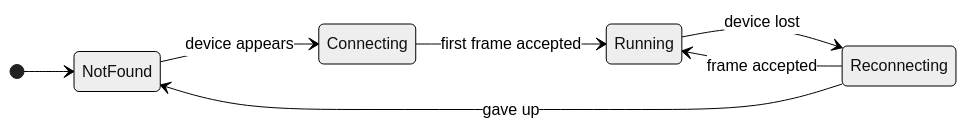
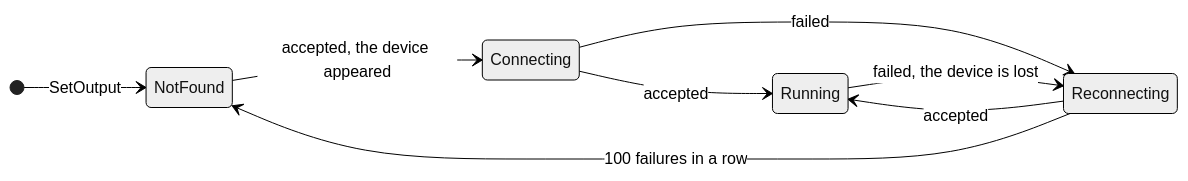
Before and after one commit to abossard/bossylights: the third of 4 diagrams in docs/design/engine-slice-1.md, drawn with Mermaid (neutral theme). The commit also changed 3 other files, not shown here.

Commit message:
outputs: a device that is not there yet is not found, not refused: a DMX USB Pro output is set without its adapter, its port thread looks for it every 500 ms, and it goes not found, connecting, running once plugged in; every output starts not found; one state diagram in the spec and the code (#116)

````diff
--- a/docs/design/engine-slice-1.md
+++ b/docs/design/engine-slice-1.md
@@ -63,10 +63,11 @@
 ```mermaid
 stateDiagram-v2
   direction LR
-  [*] --> NotFound
-  NotFound --> Connecting: device appears
-  Connecting --> Running: first frame accepted
-  Running --> Reconnecting: device lost
-  Reconnecting --> Running: frame accepted
-  Reconnecting --> NotFound: gave up
+  [*] --> NotFound: SetOutput
+  NotFound --> Connecting: accepted, the device appeared
+  Connecting --> Running: accepted
+  Connecting --> Reconnecting: failed
+  Running --> Reconnecting: failed, the device is lost
+  Reconnecting --> Running: accepted
+  Reconnecting --> NotFound: 100 failures in a row
 ```
````
